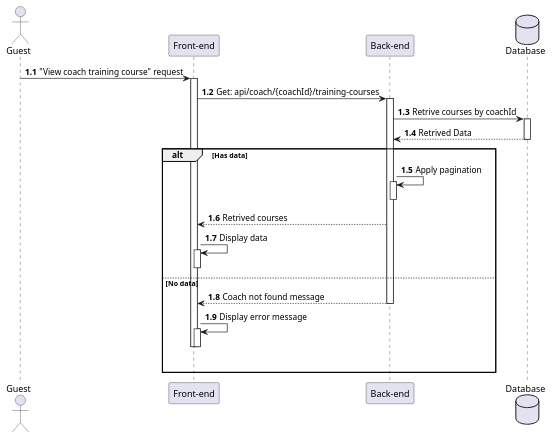
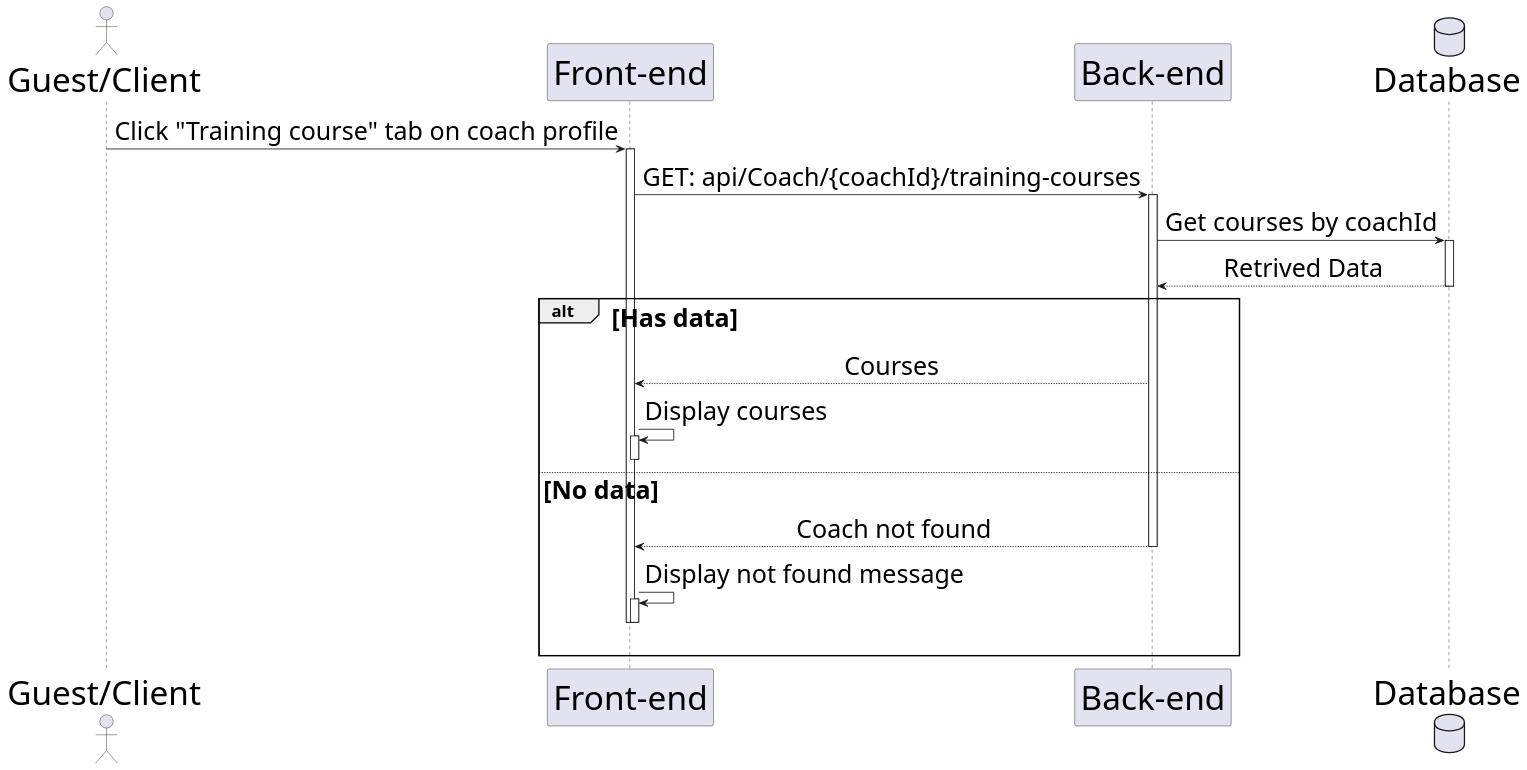
One commit to HTPhong-276/iCoaching-Diagrams changed the diagram in Sequences_diagrams/ViewTrainingCourse.pu. Above: the diagram before and after it, drawn with PlantUML. The commit also changed 75 other files, not shown here.

Commit message:
Update Sequences_diagrams

```diff
--- a/Sequences_diagrams/ViewTrainingCourse.pu
+++ b/Sequences_diagrams/ViewTrainingCourse.pu
@@ -1,31 +1,36 @@
 @startuml ViewTrainingCourseOfCoach
-
-actor Guest as user
+skinparam dpi 125
+skinparam sequenceMessageAlign center
+skinparam sequenceGroupFontSize 30
+skinparam sequenceGroupHeaderFontSize 20
+skinparam DatabaseFontSize 40
+skinparam sequence {
+    ParticipantFontSize 40
+    ActorFontSize 40
+    ArrowFontSize 30
+} 
+actor "Guest/Client" as user
 participant "Front-end" as client
 participant "Back-end" as server 
 database "Database" as db
 
-autonumber 1.1 "<b>0:"
-
-user -> client++ : "View coach training course" request 
-client -> server++ : Get: api/coach/{coachId}/training-courses
-server -> db++ : Retrive courses by coachId
+user -> client++ : Click "Training course" tab on coach profile 
+client -> server++ : GET: api/Coach/{coachId}/training-courses
+server -> db++ : Get courses by coachId
 db --> server : Retrived Data
 deactivate
 
 alt Has data
-    server -> server++ : Apply pagination
-    deactivate
-    server --> client : Retrived courses
-    client -> client++ : Display data
+    server --> client : Courses
+    client -> client++ : Display courses
     deactivate
 
 else No data
-    server --> client : Coach not found message
+    server --> client : Coach not found
     deactivate
-    client -> client++ : Display error message 
+    client -> client++ : Display not found message 
     deactivate
     deactivate
     |||
 end 
 @enduml
```
